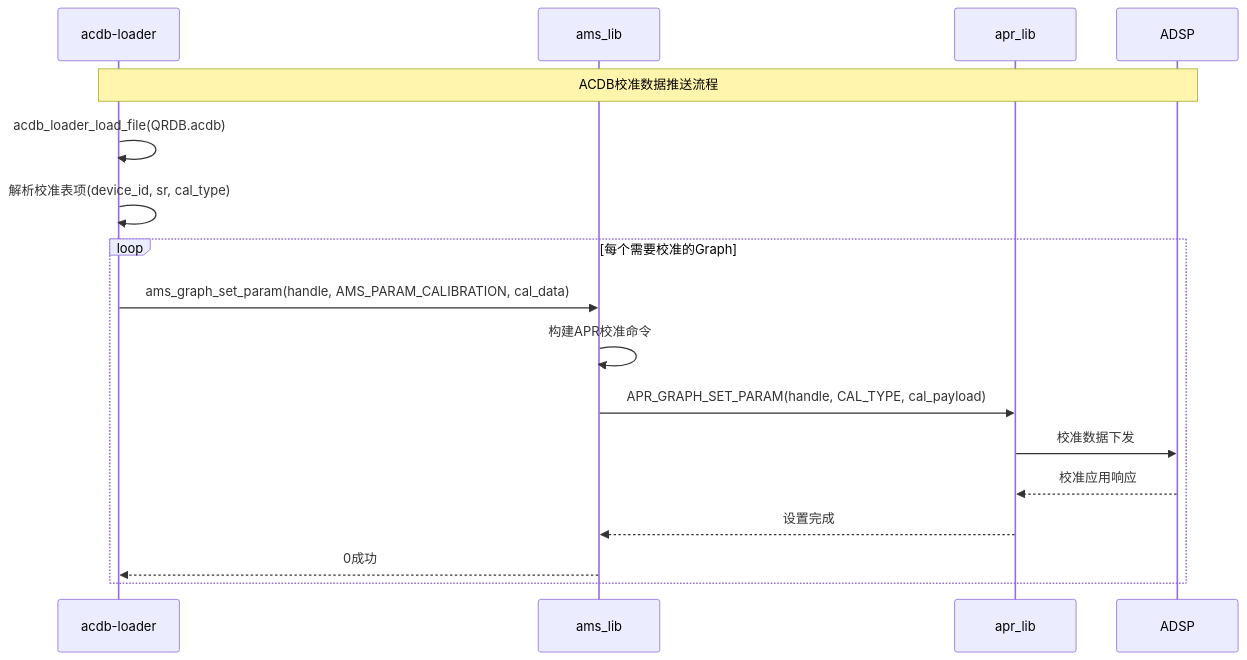
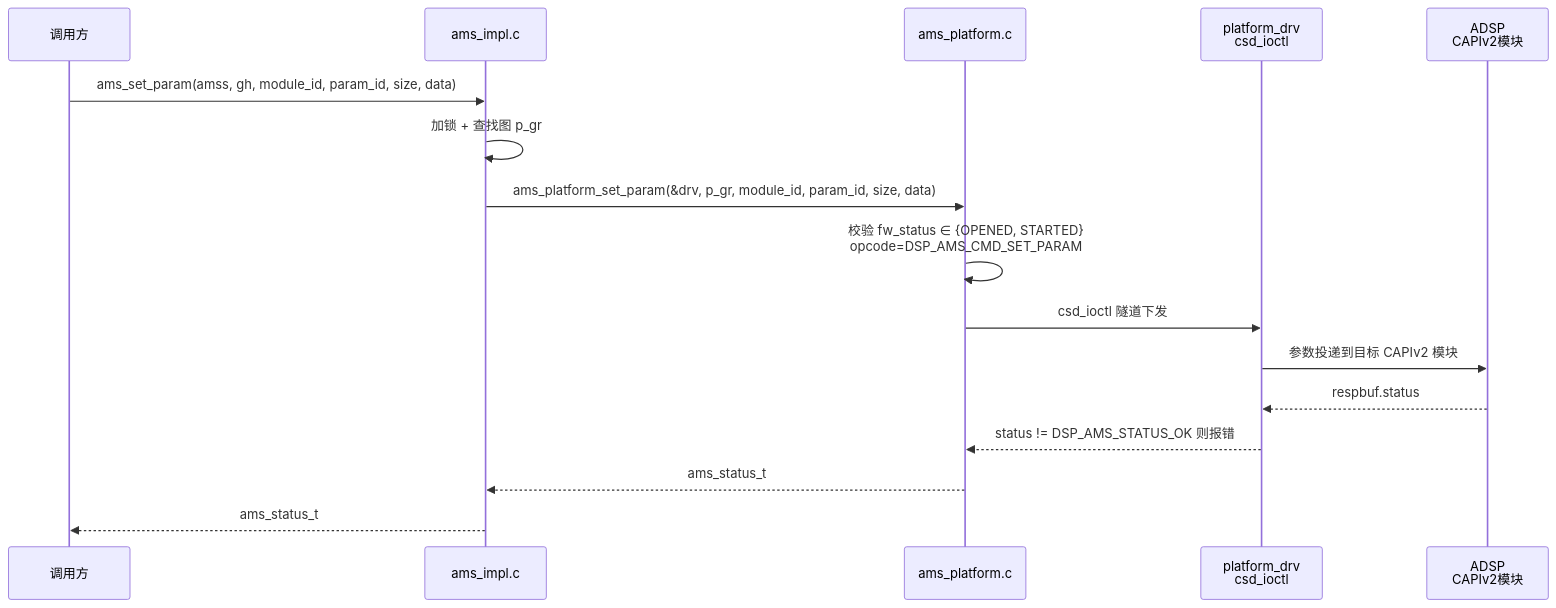
Before and after one commit to yanglinzhen1022/SA8295_AAOS_QNX_Audio_KnowledgeBase: the sixth of 10 diagrams in 16_Vendor_QNX_Architecture/16_16.18_QNX_ams_lib_音频管理服务库.md, drawn with Mermaid. The commit also changed other lines of this file and 48 other files, not shown here.

````diff
--- a/16_Vendor_QNX_Architecture/16_16.18_QNX_ams_lib_音频管理服务库.md
+++ b/16_Vendor_QNX_Architecture/16_16.18_QNX_ams_lib_音频管理服务库.md
@@ -536,21 +546,19 @@
 ```mermaid
 sequenceDiagram
-    participant acdb as acdb-loader
-    participant ams as ams_lib
-    participant apr as apr_lib
-    participant adsp as ADSP
+    participant caller as 调用方
+    participant impl as ams_impl.c
+    participant plat as ams_platform.c
+    participant drv as platform_drv<br/>csd_ioctl
+    participant adsp as ADSP<br/>CAPIv2模块
 
-    Note over acdb,adsp: ACDB校准数据推送流程
-    acdb->>acdb: acdb_loader_load_file(QRDB.acdb)
-    acdb->>acdb: 解析校准表项(device_id, sr, cal_type)
-
-    loop 每个需要校准的Graph
-        acdb->>ams: ams_graph_set_param(handle, AMS_PARAM_CALIBRATION, cal_data)
-        ams->>ams: 构建APR校准命令
-        ams->>apr: APR_GRAPH_SET_PARAM(handle, CAL_TYPE, cal_payload)
-        apr->>adsp: 校准数据下发
-        adsp-->>apr: 校准应用响应
-        apr-->>ams: 设置完成
-        ams-->>acdb: 0成功
-    end
+    caller->>impl: ams_set_param(amss, gh, module_id, param_id, size, data)
+    impl->>impl: 加锁 + 查找图 p_gr
+    impl->>plat: ams_platform_set_param(&drv, p_gr, module_id, param_id, size, data)
+    plat->>plat: 校验 fw_status ∈ {OPENED, STARTED}<br/>opcode=DSP_AMS_CMD_SET_PARAM
+    plat->>drv: csd_ioctl 隧道下发
+    drv->>adsp: 参数投递到目标 CAPIv2 模块
+    adsp-->>drv: respbuf.status
+    drv-->>plat: status != DSP_AMS_STATUS_OK 则报错
+    plat-->>impl: ams_status_t
+    impl-->>caller: ams_status_t
 ```
````
